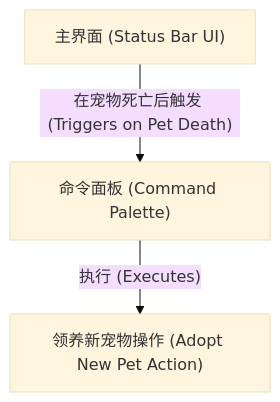
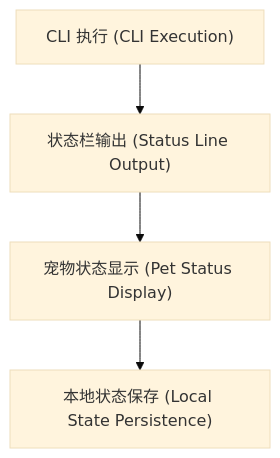
The first of 2 diagrams in docs/front-end-spec.md (Laksh77798273/ccpet), drawn with Mermaid (base theme) before and after one commit. The commit also changed other lines of this file and 25 other files, not shown here.

`````diff
--- a/docs/front-end-spec.md
+++ b/docs/front-end-spec.md
@@ -27,5 +27,6 @@
 ```mermaid
 graph TD
-    A["主界面 (Status Bar UI)"] -- "在宠物死亡后触发 (Triggers on Pet Death)" --> B["命令面板 (Command Palette)"];
-    B -- "执行 (Executes)" --> C["领养新宠物操作 (Adopt New Pet Action)"];
+    A["CLI 执行 (CLI Execution)"] --> B["状态栏输出 (Status Line Output)"];
+    B --> C["宠物状态显示 (Pet Status Display)"];
+    C --> D["本地状态保存 (Local State Persistence)"];
 ````
`````
